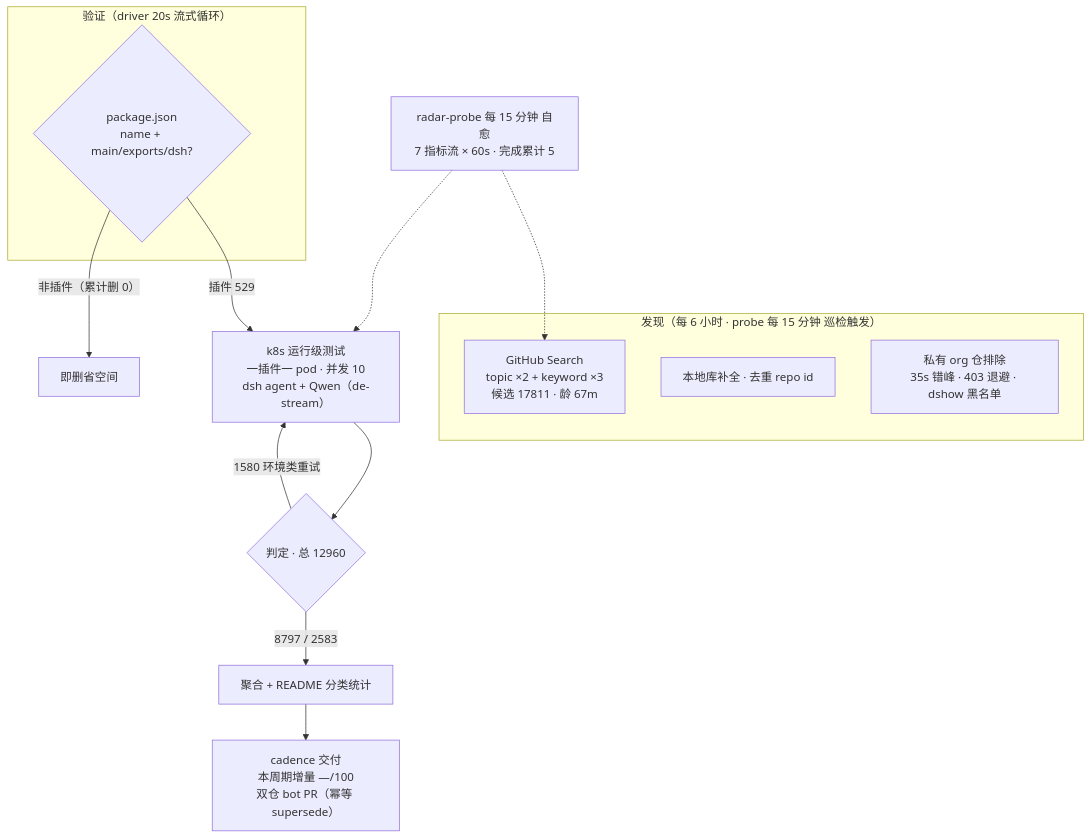
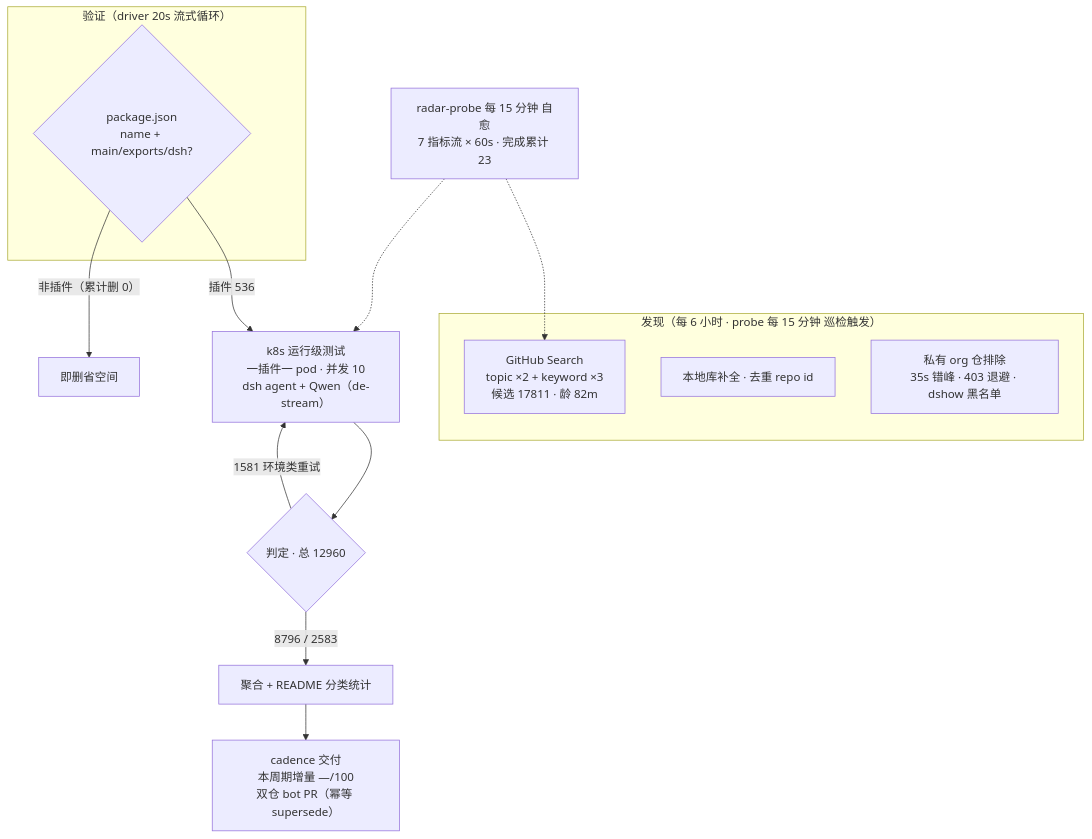
The diagram in README.md (AdamPlatin123/awesome-dsh-plugins), drawn with Mermaid before and after one commit. The commit also changed other lines of this file and 5 other files, not shown here.

````diff
--- a/README.md
+++ b/README.md
@@ -52,20 +52,20 @@
 ```mermaid
 flowchart TB
     subgraph Discovery["发现（每 6 小时 · probe 每 15 分钟 巡检触发）"]
-        A1["GitHub Search<br/>topic ×2 + keyword ×3<br/>候选 17811 · 龄 67m"]
+        A1["GitHub Search<br/>topic ×2 + keyword ×3<br/>候选 17811 · 龄 82m"]
         A2["本地库补全 · 去重 repo id"]
         A3["私有 org 仓排除<br/>35s 错峰 · 403 退避 · dshow 黑名单"]
     end
     subgraph Validation["验证（driver 20s 流式循环）"]
         B1{"package.json<br/>name + main/exports/dsh?"}
     end
-    B1 -->|"插件 529"| C1["k8s 运行级测试<br/>一插件一 pod · 并发 10<br/>dsh agent + Qwen（de-stream）"]
+    B1 -->|"插件 536"| C1["k8s 运行级测试<br/>一插件一 pod · 并发 10<br/>dsh agent + Qwen（de-stream）"]
     B1 -->|"非插件（累计删 0）"| B3["即删省空间"]
     C1 --> D1{"判定 · 总 12960"}
-    D1 -->|"8797 / 2583"| E1["聚合 + README 分类统计"]
-    D1 -->|"1580 环境类重试"| C1
+    D1 -->|"8796 / 2583"| E1["聚合 + README 分类统计"]
+    D1 -->|"1581 环境类重试"| C1
     E1 --> E2["cadence 交付<br/>本周期增量 —/100<br/>双仓 bot PR（幂等 supersede）"]
-    M["radar-probe 每 15 分钟 自愈<br/>7 指标流 × 60s · 完成累计 5"]
+    M["radar-probe 每 15 分钟 自愈<br/>7 指标流 × 60s · 完成累计 23"]
     M -.-> A1
     M -.-> C1
 ```
````
